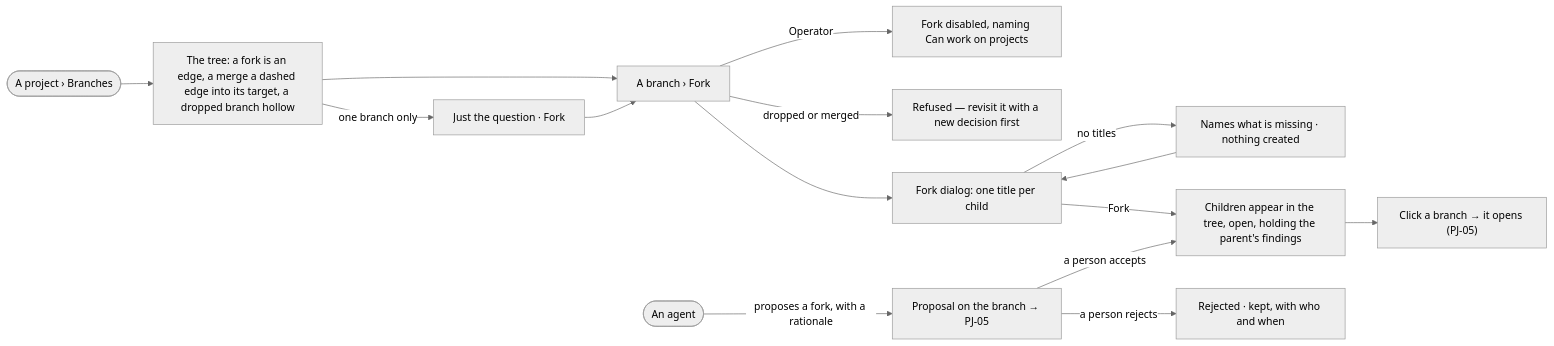
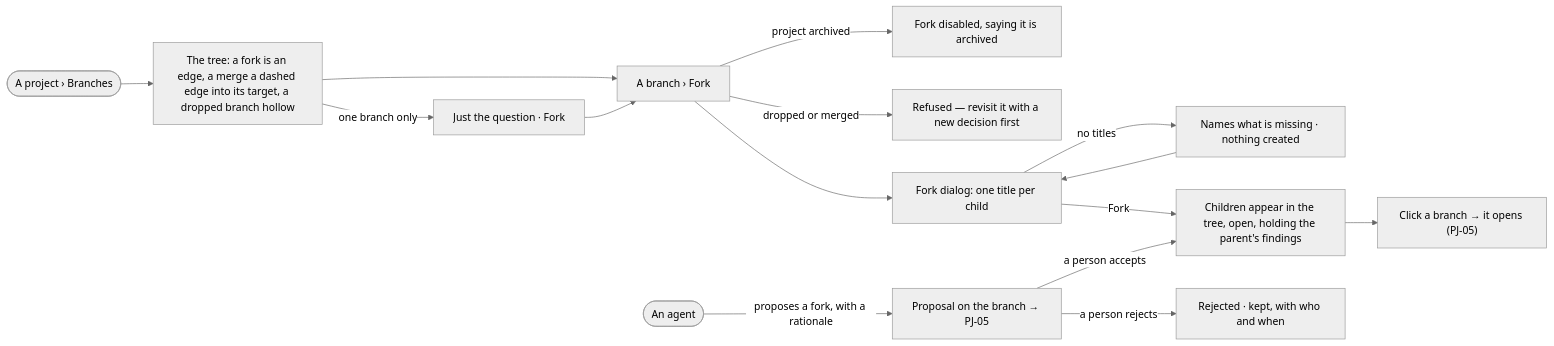
One commit to invana/invana changed the diagram in specs/capabilities/projects/features/PJ-F03-branches-findings-and-decisions/stories/PJ-04-fork-a-line-of-inquiry-and-see-the-tree/story.md. Above: the diagram before and after it, drawn with Mermaid (neutral theme). The commit also changed other lines of this file and 522 other files, not shown here.

````diff
--- a/specs/capabilities/projects/features/PJ-F03-branches-findings-and-decisions/stories/PJ-04-fork-a-line-of-inquiry-and-see-the-tree/story.md
+++ b/specs/capabilities/projects/features/PJ-F03-branches-findings-and-decisions/stories/PJ-04-fork-a-line-of-inquiry-and-see-the-tree/story.md
@@ -26,16 +29,16 @@
 ```mermaid
 flowchart LR
   s([A project › Branches]) --> t["The tree: a fork is an edge, a merge a dashed edge into its target, a dropped branch hollow"]
   t -->|one branch only| e["Just the question · Fork"]
   t --> pick["A branch › Fork"]
   e --> pick
-  pick -->|Operator| na["Fork disabled, naming Can work on projects"]
+  pick -->|project archived| na["Fork disabled, saying it is archived"]
   pick -->|dropped or merged| ref1["Refused — revisit it with a new decision first"]
   pick --> dlg["Fork dialog: one title per child"]
   dlg -->|no titles| ref2["Names what is missing · nothing created"] --> dlg
   dlg -->|Fork| kids["Children appear in the tree, open, holding the parent's findings"]
   agent([An agent]) -->|proposes a fork, with a rationale| prop["Proposal on the branch → PJ-05"]
   prop -->|a person accepts| kids
   prop -->|a person rejects| rej["Rejected · kept, with who and when"]
   kids --> click["Click a branch → it opens (PJ-05)"]
 ```
````
